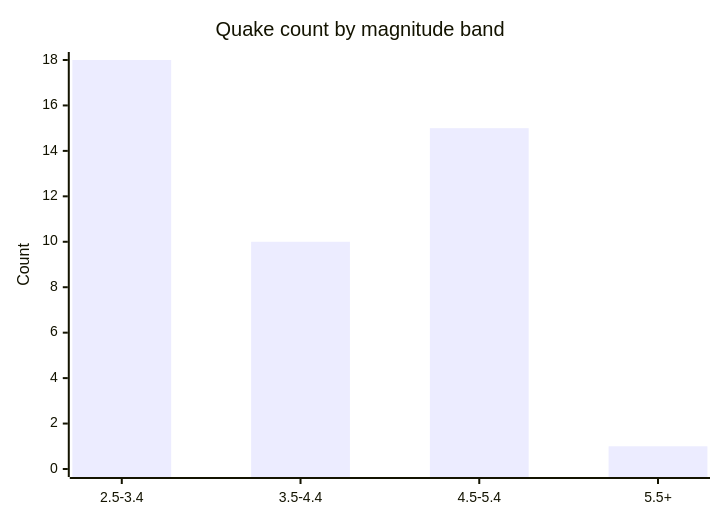
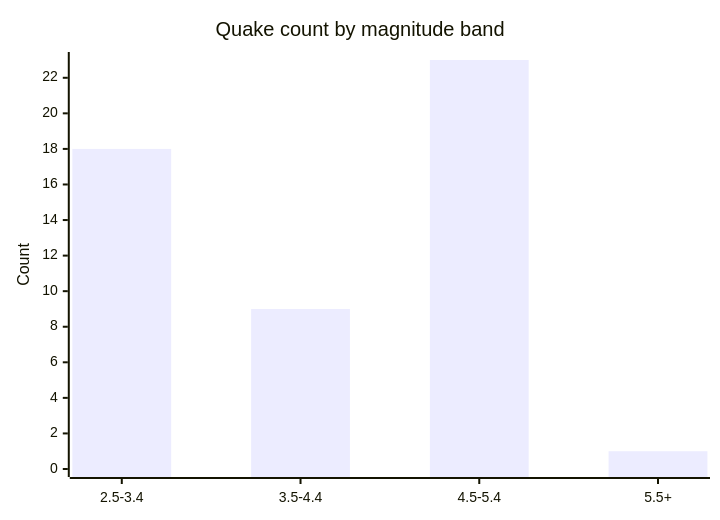
The fifth of 6 diagrams in docs/GRAPHS.md (Midwest-Stratospheric/aerostratospheric-defense-gir), drawn with Mermaid before and after one commit. The commit also changed other lines of this file and 25 other files, not shown here.

````diff
--- a/docs/GRAPHS.md
+++ b/docs/GRAPHS.md
@@ -82,7 +82,7 @@
 ```mermaid
 xychart-beta
   title "Quake count by magnitude band"
   x-axis ["2.5-3.4", "3.5-4.4", "4.5-5.4", "5.5+"]
-  y-axis "Count" 0 --> 18
-  bar [18, 10, 15, 1]
+  y-axis "Count" 0 --> 23
+  bar [18, 9, 23, 1]
 ```
````
